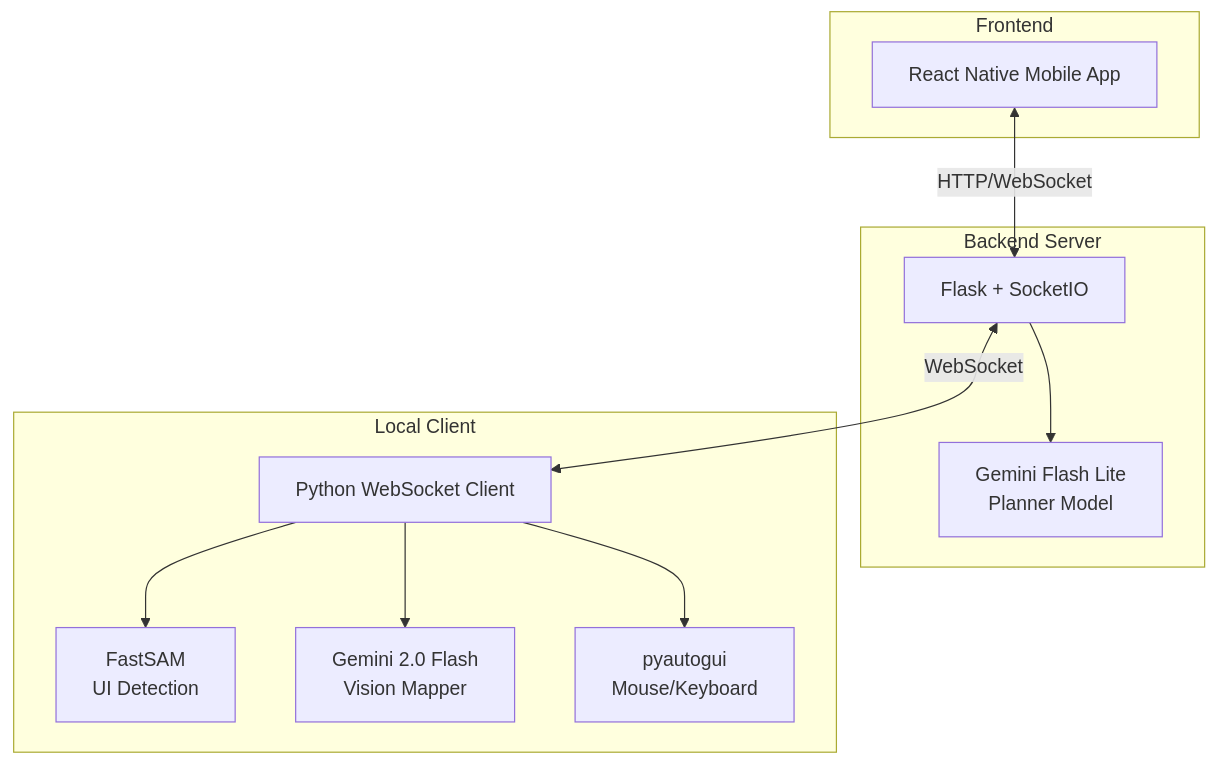
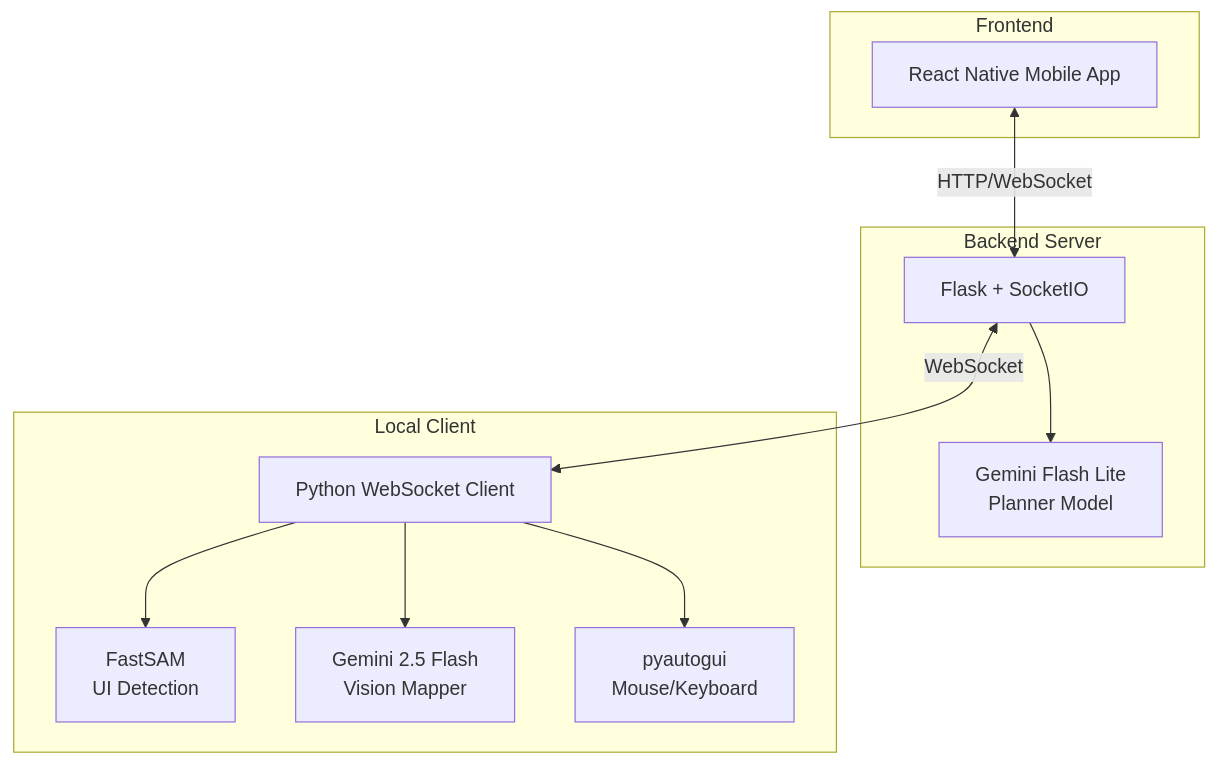
Before and after one commit to Bada-Don/Jarvis: the fourth of 6 diagrams in PROJECT_DOCUMENTATION.md, drawn with Mermaid. The commit also changed other lines of this file and 8 other files, not shown here.

````diff
--- a/PROJECT_DOCUMENTATION.md
+++ b/PROJECT_DOCUMENTATION.md
@@ -124,25 +124,25 @@
 ```mermaid
 graph TB
     subgraph Frontend
         A[React Native Mobile App]
     end
     
     subgraph Backend Server
         B[Flask + SocketIO]
         C[Gemini Flash Lite<br/>Planner Model]
     end
     
     subgraph Local Client
         D[Python WebSocket Client]
         E[FastSAM<br/>UI Detection]
-        F[Gemini 2.0 Flash<br/>Vision Mapper]
+        F[Gemini 2.5 Flash<br/>Vision Mapper]
         G[pyautogui<br/>Mouse/Keyboard]
     end
     
     A <-->|HTTP/WebSocket| B
     B --> C
     B <-->|WebSocket| D
     D --> E
     D --> F
     D --> G
 ```
````
